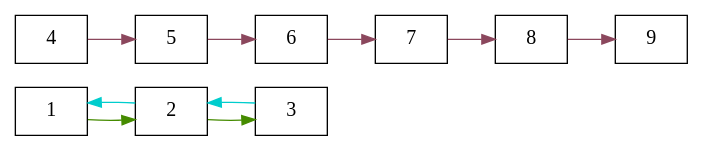
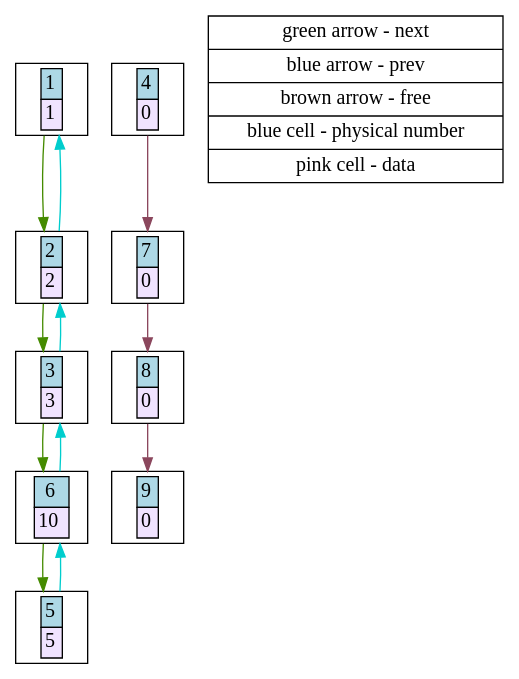
The diagram in cmake-build-debug/list_graph.dot (akudrinsky/list), drawn with Graphviz before and after one commit. The commit also changed 16 other files, not shown here.

```diff
--- a/cmake-build-debug/list_graph.dot
+++ b/cmake-build-debug/list_graph.dot
@@ -1,17 +1,36 @@
 digraph G{
 edge[color="chartreuse4",fontcolor="blue",fontsize=12];
-rankdir=LR;
 node[shape="rectangle",fontsize=15];
-1[fillcolor="palegreen1"];
+ 1 [label=<<table border="0" cellborder="1" cellspacing="0"><tr><td bgcolor="lightblue">1</td></tr>
+	<tr><td bgcolor="#f0e3ff">1</td></tr></table>>];
+ 2 [label=<<table border="0" cellborder="1" cellspacing="0"><tr><td bgcolor="lightblue">2</td></tr>
+	<tr><td bgcolor="#f0e3ff">2</td></tr></table>>];
+ 3 [label=<<table border="0" cellborder="1" cellspacing="0"><tr><td bgcolor="lightblue">3</td></tr>
+	<tr><td bgcolor="#f0e3ff">3</td></tr></table>>];
+ 4 [label=<<table border="0" cellborder="1" cellspacing="0"><tr><td bgcolor="lightblue">4</td></tr>
+	<tr><td bgcolor="#f0e3ff">0</td></tr></table>>];
+ 5 [label=<<table border="0" cellborder="1" cellspacing="0"><tr><td bgcolor="lightblue">5</td></tr>
+	<tr><td bgcolor="#f0e3ff">5</td></tr></table>>];
+ 6 [label=<<table border="0" cellborder="1" cellspacing="0"><tr><td bgcolor="lightblue">6</td></tr>
+	<tr><td bgcolor="#f0e3ff">10</td></tr></table>>];
+ 7 [label=<<table border="0" cellborder="1" cellspacing="0"><tr><td bgcolor="lightblue">7</td></tr>
+	<tr><td bgcolor="#f0e3ff">0</td></tr></table>>];
+ 8 [label=<<table border="0" cellborder="1" cellspacing="0"><tr><td bgcolor="lightblue">8</td></tr>
+	<tr><td bgcolor="#f0e3ff">0</td></tr></table>>];
+ 9 [label=<<table border="0" cellborder="1" cellspacing="0"><tr><td bgcolor="lightblue">9</td></tr>
+	<tr><td bgcolor="#f0e3ff">0</td></tr></table>>];
 1->2;
 2->3;
+3->6;
+6->5;
 edge[color="cyan3",fontcolor="blue",fontsize=12];
+5->6;
+6->3;
 3->2;
 2->1;
 edge[color="palevioletred4",fontcolor="blue",fontsize=12];
-4->5;
-5->6;
-6->7;
+4->7;
 7->8;
 8->9;
+info [shape=record,label="{green arrow - next|blue arrow - prev|brown arrow - free|blue cell - physical number|pink cell - data}",fillcolor="palegreen1"];
 }
```
